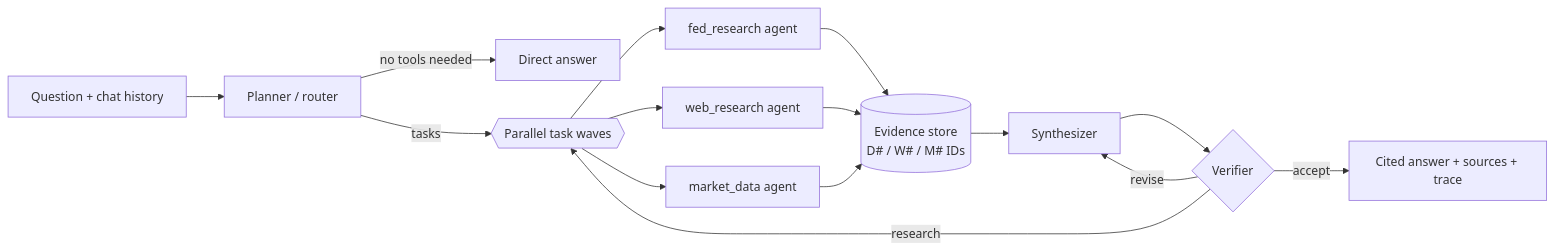
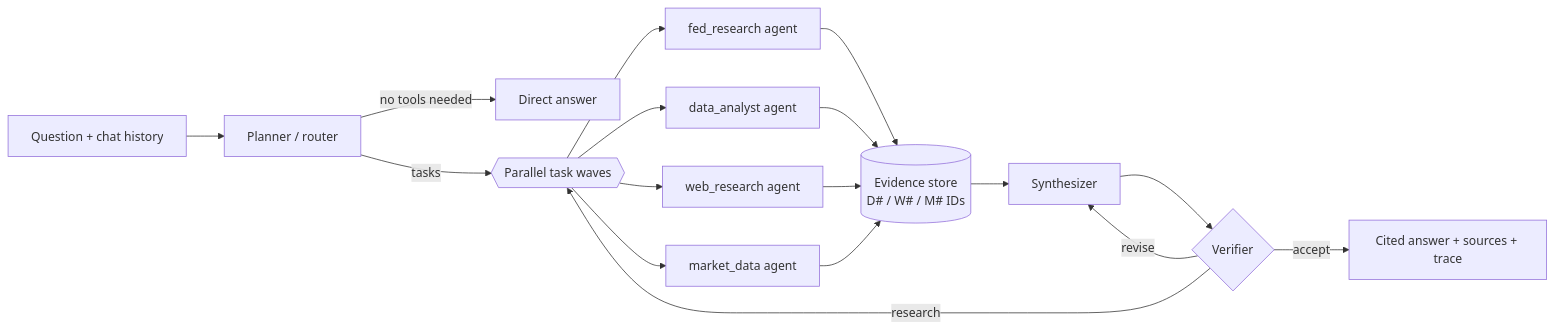
Before and after one commit to atahanuz/fedrag: the diagram in README.md, drawn with Mermaid. The commit also changed other lines of this file and 22 other files, not shown here.

First line of the commit message:
Data analyst reliability, resilient planner and verifier, CLI for tables and SQL

````diff
--- a/README.md
+++ b/README.md
@@ -20,15 +24,16 @@
 ```mermaid
 flowchart LR
     Q[Question + chat history] --> P[Planner / router]
     P -- no tools needed --> D[Direct answer]
     P -- tasks --> X{{Parallel task waves}}
     X --> F[fed_research agent]
+    X --> T[data_analyst agent]
     X --> W[web_research agent]
     X --> M[market_data agent]
-    F & W & M --> E[(Evidence store<br/>D# / W# / M# IDs)]
+    F & T & W & M --> E[(Evidence store<br/>D# / W# / M# IDs)]
     E --> S[Synthesizer]
     S --> V{Verifier}
     V -- accept --> A[Cited answer + sources + trace]
     V -- revise --> S
     V -- research --> X
 ```
````
